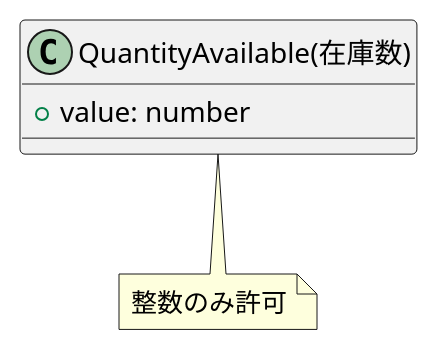
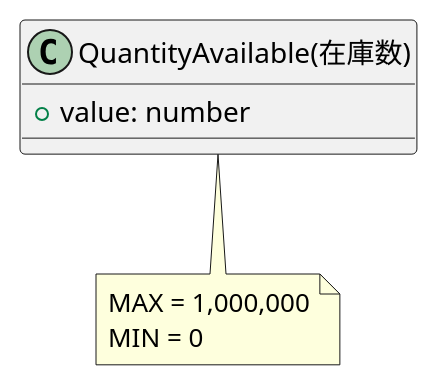
One commit to yamachan0625/ddd-hands-on changed the diagram in src/Domain/models/Book/Stock/QuantityAvailable/QuantityAvailable.pu. Above: the diagram before and after it, drawn with PlantUML. The commit also changed 14 other files, not shown here.

```diff
--- a/src/Domain/models/Book/Stock/QuantityAvailable/QuantityAvailable.pu
+++ b/src/Domain/models/Book/Stock/QuantityAvailable/QuantityAvailable.pu
@@ -1,11 +1,12 @@
 @startuml QuantityAvailable
 
 class "QuantityAvailable(在庫数)" as QuantityAvailable {
     + value: number
 }
 
 note bottom of QuantityAvailable
-    整数のみ許可
+    MAX = 1,000,000
+    MIN = 0
 end note 
 
 @enduml
```
